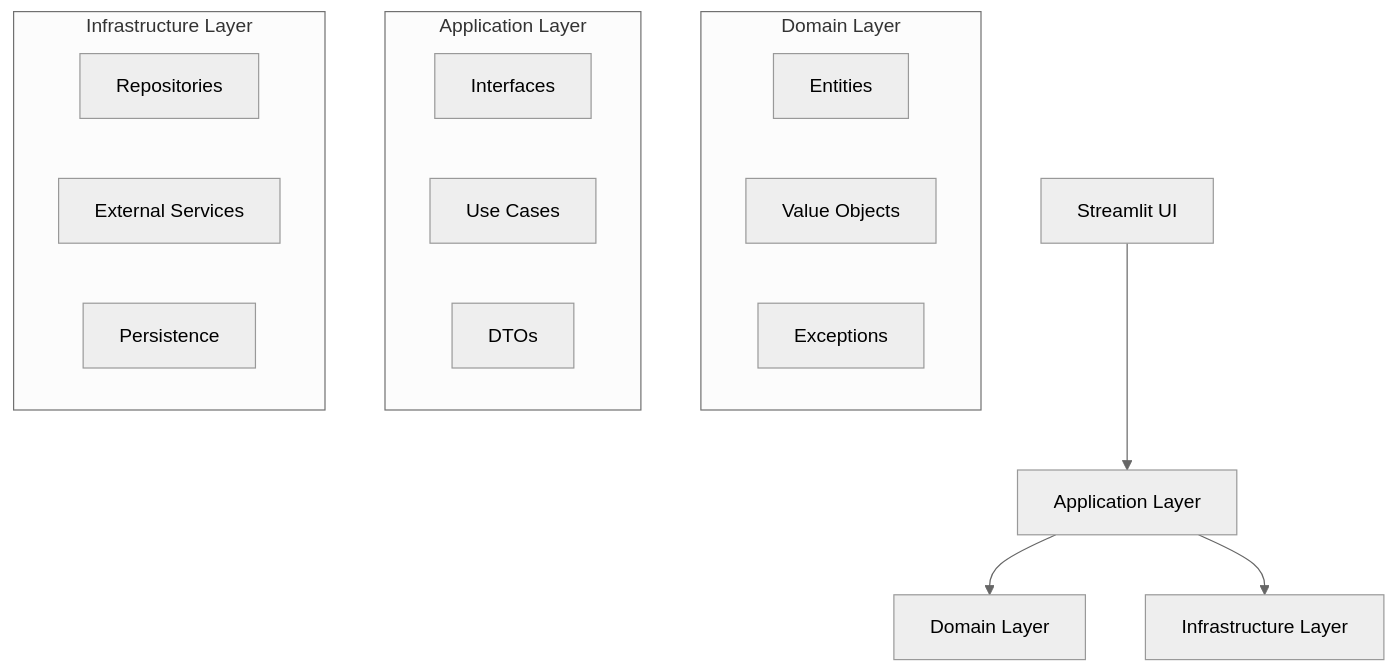
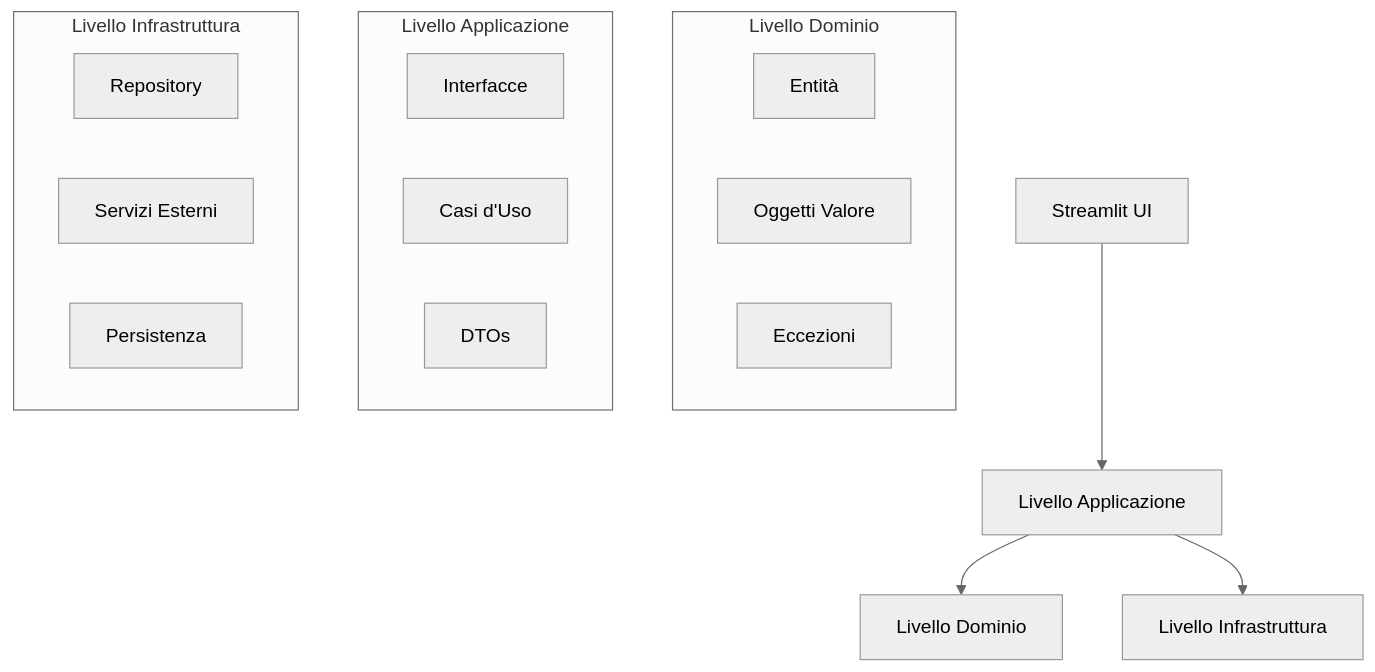
Before and after one commit to francescoreconditi/Test-Rag: the diagram in README.md, drawn with Mermaid (neutral theme). The commit also changed other lines of this file and 5 other files, not shown here.

````diff
--- a/README.md
+++ b/README.md
@@ -54,24 +54,24 @@
 ```mermaid
 graph TD
-    UI[Streamlit UI] --> APP[Application Layer]
-    APP --> DOMAIN[Domain Layer] 
-    APP --> INFRA[Infrastructure Layer]
+    UI[Streamlit UI] --> APP[Livello Applicazione]
+    APP --> DOMAIN[Livello Dominio] 
+    APP --> INFRA[Livello Infrastruttura]
     
-    subgraph "Domain Layer"
-        ENT[Entities]
-        VO[Value Objects]
-        EXC[Exceptions]
+    subgraph "Livello Dominio"
+        ENT[Entità]
+        VO[Oggetti Valore]
+        EXC[Eccezioni]
     end
     
-    subgraph "Application Layer"  
-        INT[Interfaces]
-        UC[Use Cases]
+    subgraph "Livello Applicazione"  
+        INT[Interfacce]
+        UC[Casi d'Uso]
         DTO[DTOs]
     end
     
-    subgraph "Infrastructure Layer"
-        REPO[Repositories]
-        EXT[External Services]
-        PERS[Persistence]
+    subgraph "Livello Infrastruttura"
+        REPO[Repository]
+        EXT[Servizi Esterni]
+        PERS[Persistenza]
     end
 ```
````
